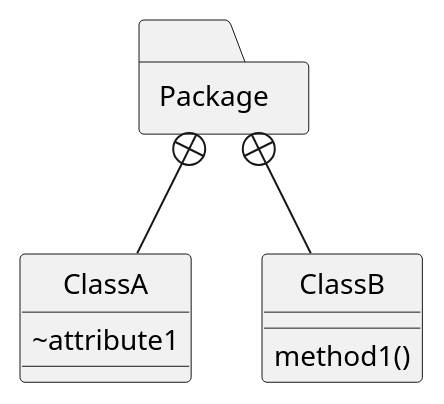
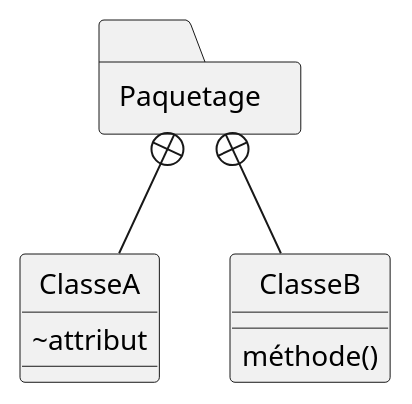
Before and after one commit to gigl-uml/Guide_uml_polymtl: the diagram in plant_uml/packageReprésentation2.plantuml, drawn with PlantUML. The commit also changed 11 other files, not shown here.

```diff
--- a/plant_uml/packageReprésentation2.plantuml
+++ b/plant_uml/packageReprésentation2.plantuml
@@ -1,19 +1,19 @@
 @startuml
 hide circle
 skinparam backgroundcolor transparent
 allow_mixing
 skinparam classAttributeIconSize 0
 
-folder Package
+folder Paquetage
 
-class ClassA{
-    ~attribute1
+class ClasseA{
+    ~attribut
 }
 
-class ClassB{
-    method1()
+class ClasseB{
+    méthode()
 }
 
-ClassA -u-+ Package
-ClassB -u-+ Package
+ClasseA -u-+ Paquetage
+ClasseB -u-+ Paquetage
 @enduml
```
